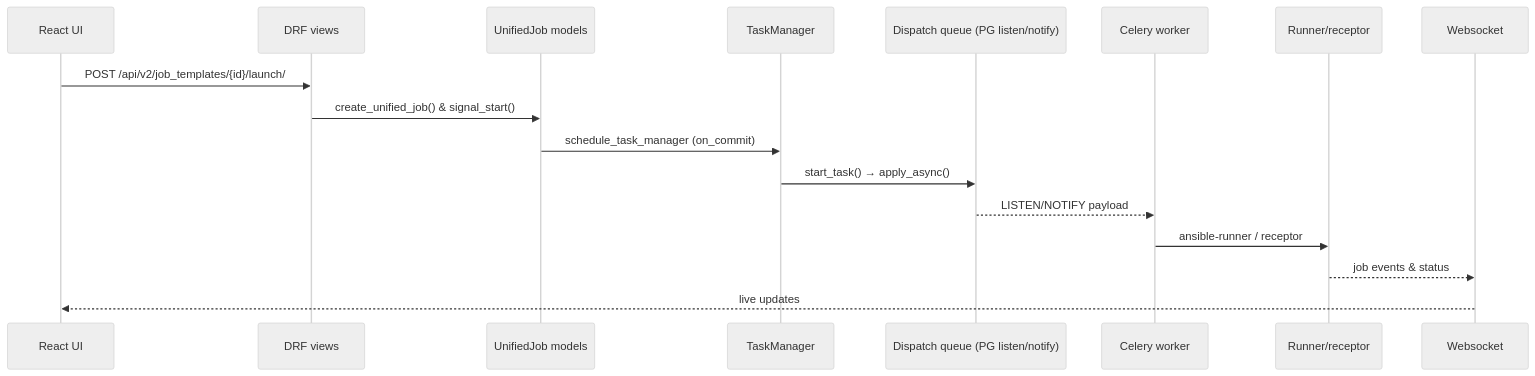
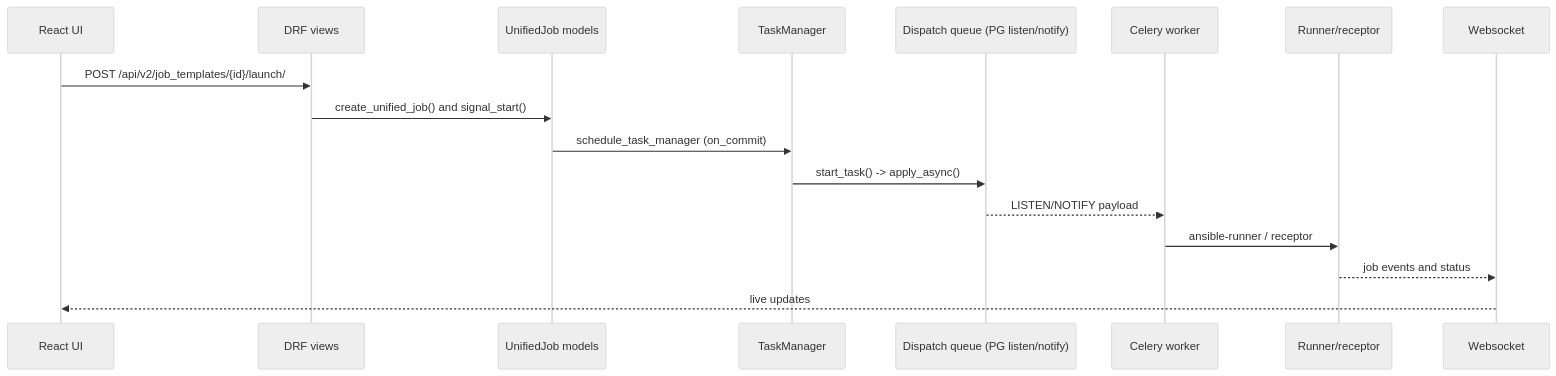
Before and after one commit to veerashayyagari/awx: the second of 2 diagrams in deepdive/00-architecture-index.md, drawn with Mermaid (neutral theme). The commit also changed other lines of this file and 10 other files, not shown here.

Commit message:
update doc to be more accurate + db schema

````diff
--- a/deepdive/00-architecture-index.md
+++ b/deepdive/00-architecture-index.md
@@ -45,20 +54,20 @@
 ```mermaid
 sequenceDiagram
   participant UI as React UI
   participant API as DRF views
   participant Model as UnifiedJob models
   participant TM as TaskManager
   participant Q as Dispatch queue (PG listen/notify)
   participant W as Celery worker
   participant R as Runner/receptor
   participant WS as Websocket
 
   UI->>API: POST /api/v2/job_templates/{id}/launch/
-  API->>Model: create_unified_job() & signal_start()
+  API->>Model: create_unified_job() and signal_start()
   Model->>TM: schedule_task_manager (on_commit)
-  TM->>Q: start_task() → apply_async()
+  TM->>Q: start_task() -> apply_async()
   Q-->>W: LISTEN/NOTIFY payload
   W->>R: ansible-runner / receptor
-  R-->>WS: job events & status
+  R-->>WS: job events and status
   WS-->>UI: live updates
 ```
````
